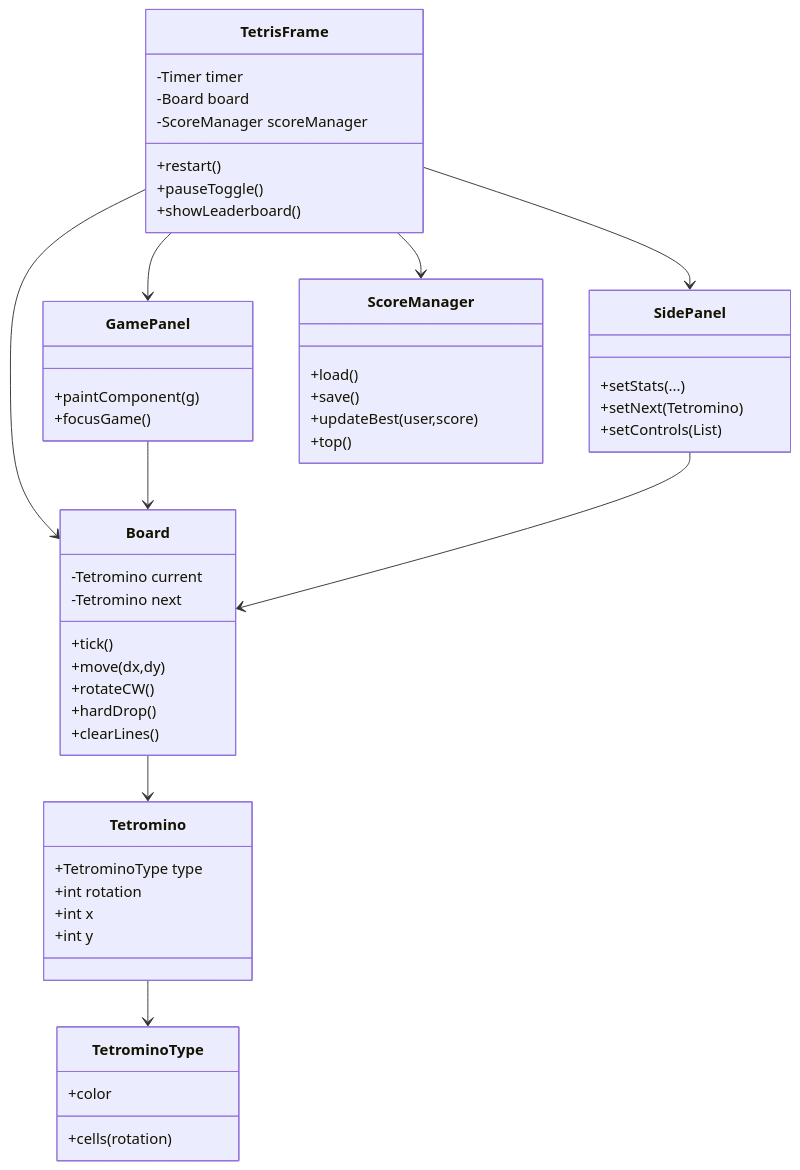
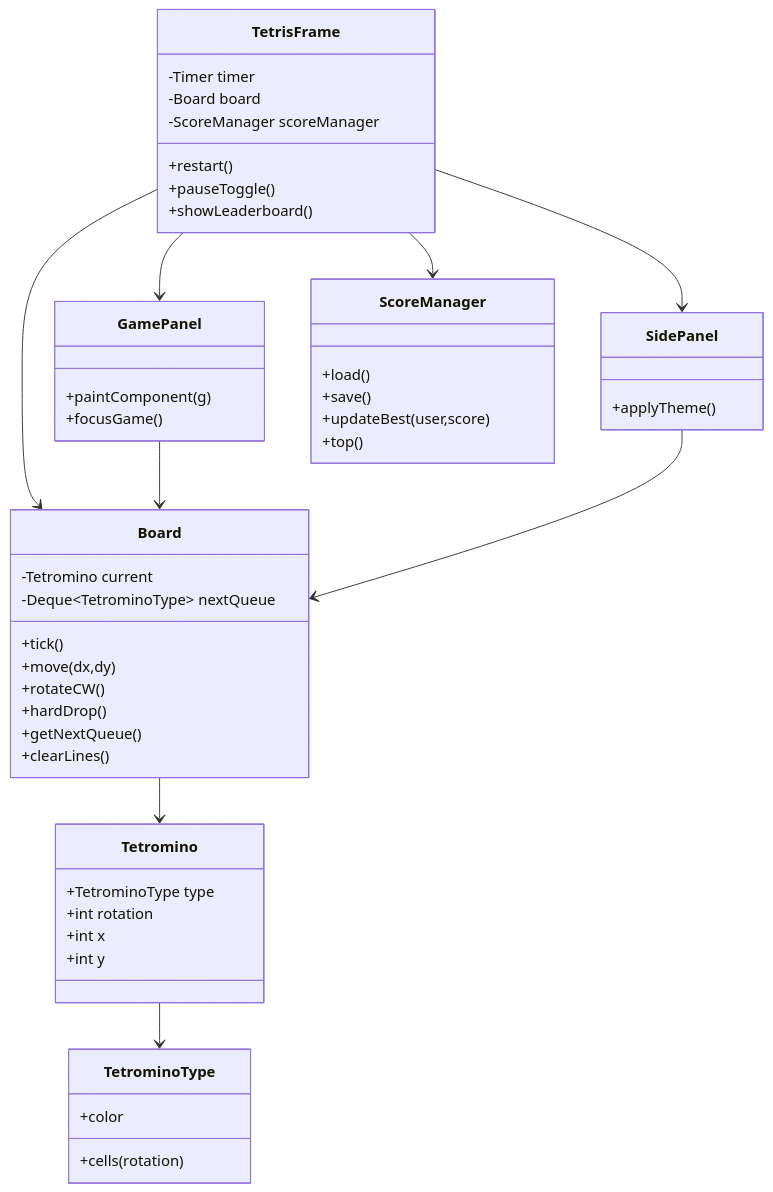
Before and after one commit to sleetdrop/jtetris: the diagram in doc/overview.md, drawn with Mermaid. The commit also changed other lines of this file and 4 other files, not shown here.

Commit message:
docs: explain next queue interface

````diff
--- a/doc/overview.md
+++ b/doc/overview.md
@@ -20,53 +20,52 @@
 ```mermaid
 classDiagram
     class TetrisFrame {
         -Timer timer
         -Board board
         -ScoreManager scoreManager
         +restart()
         +pauseToggle()
         +showLeaderboard()
     }
     class GamePanel {
         +paintComponent(g)
         +focusGame()
     }
     class SidePanel {
-        +setStats(...)
-        +setNext(Tetromino)
-        +setControls(List)
+        +applyTheme()
     }
     class Board {
         -Tetromino current
-        -Tetromino next
+        -Deque~TetrominoType~ nextQueue
         +tick()
         +move(dx,dy)
         +rotateCW()
         +hardDrop()
+        +getNextQueue()
         +clearLines()
     }
     class Tetromino {
         +TetrominoType type
         +int rotation
         +int x
         +int y
     }
     class TetrominoType {
         +cells(rotation)
         +color
     }
     class ScoreManager {
         +load()
         +save()
         +updateBest(user,score)
         +top()
     }
     TetrisFrame --> Board
     TetrisFrame --> ScoreManager
     TetrisFrame --> GamePanel
     TetrisFrame --> SidePanel
     GamePanel --> Board
     SidePanel --> Board
     Board --> Tetromino
     Tetromino --> TetrominoType
 ```
````
